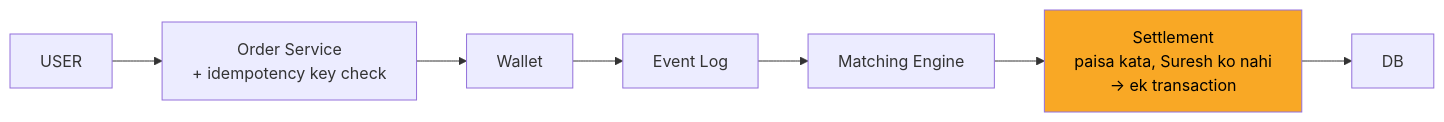
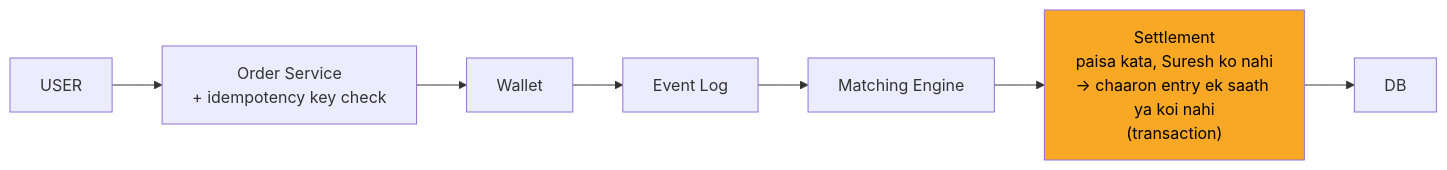
The seventh of 10 diagrams in 04_HLD/SYSTEM_DESIGNS/05_stock_broker_trading/05_stock_broker_trading.md (ArpanMaheshwari144/Prep), drawn with Mermaid before and after one commit. The commit also changed other lines of this file and 13 other files, not shown here.

````diff
--- a/04_HLD/SYSTEM_DESIGNS/05_stock_broker_trading/05_stock_broker_trading.md
+++ b/04_HLD/SYSTEM_DESIGNS/05_stock_broker_trading/05_stock_broker_trading.md
@@ -251,17 +251,17 @@
 ```mermaid
 flowchart LR
     n_USER["USER"]
     n_Order_Service["Order Service<br/>+ idempotency key check"]
     n_Wallet["Wallet"]
     n_Event_Log["Event Log"]
     n_Matching_Engine["Matching Engine"]
-    n_Settlement["Settlement<br/>paisa kata, Suresh ko nahi<br/>-> ek transaction"]
+    n_Settlement["Settlement<br/>paisa kata, Suresh ko nahi<br/>-> chaaron entry ek saath ya koi nahi<br/>(transaction)"]
     n_DB["DB"]
     n_USER --> n_Order_Service
     n_Order_Service --> n_Wallet
     n_Wallet --> n_Event_Log
     n_Event_Log --> n_Matching_Engine
     n_Matching_Engine --> n_Settlement
     n_Settlement --> n_DB
     style n_Settlement fill:#f9a825,color:#000
 ```
````
